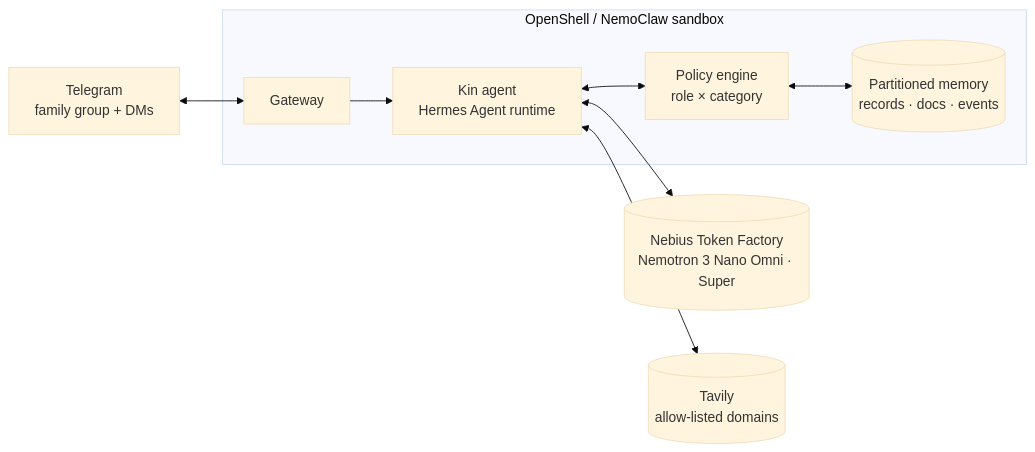
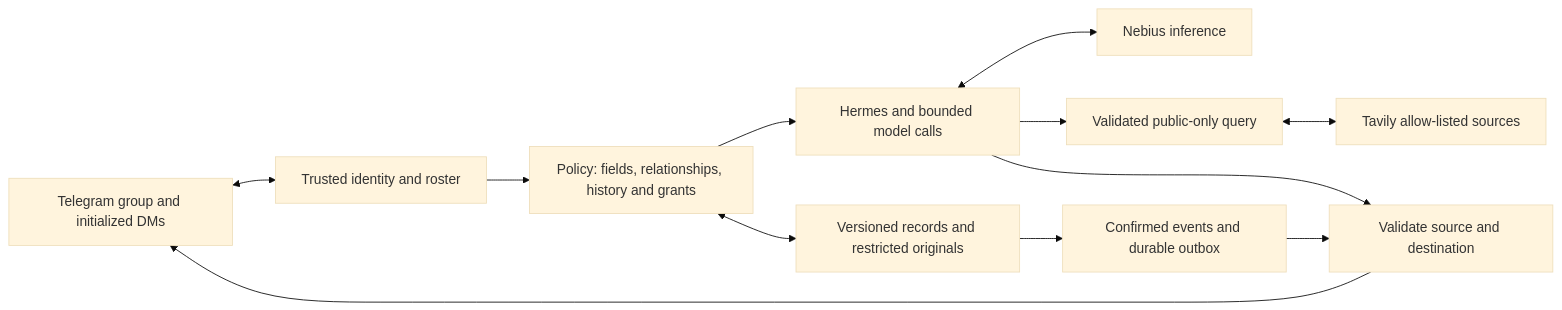
The diagram in README.md (wenhao7/kin), drawn with Mermaid (base theme) before and after one commit. The commit also changed other lines of this file and 3 other files, not shown here.

````diff
--- a/README.md
+++ b/README.md
@@ -37,15 +39,14 @@
 ```mermaid
 flowchart LR
-    TG[Telegram<br/>family group + DMs] <--> GW[Gateway]
-    GW --> AG[Kin agent<br/>Hermes Agent runtime]
-    AG <--> PE[Policy engine<br/>role × category]
-    PE <--> MEM[(Partitioned memory<br/>records · docs · events)]
-    AG <--> TF[(Nebius Token Factory<br/>Nemotron 3 Nano Omni · Super)]
-    AG <--> TV[(Tavily<br/>allow-listed domains)]
-    subgraph OS["OpenShell / NemoClaw sandbox"]
-        GW
-        AG
-        PE
-        MEM
-    end
+    TG[Telegram group and initialized DMs] <--> GW[Trusted identity and roster]
+    GW --> PE[Policy: fields, relationships, history and grants]
+    PE <--> MEM[Versioned records and restricted originals]
+    PE --> AG[Hermes and bounded model calls]
+    AG --> OUT[Validate source and destination]
+    OUT --> TG
+    AG <--> TF[Nebius inference]
+    MEM --> EV[Confirmed events and durable outbox]
+    EV --> OUT
+    AG --> Q[Validated public-only query]
+    Q <--> TV[Tavily allow-listed sources]
 ```
````
